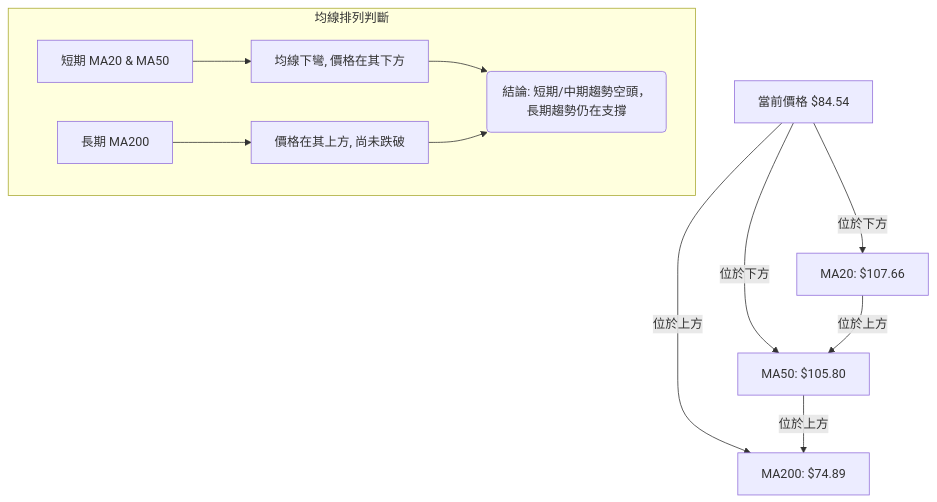
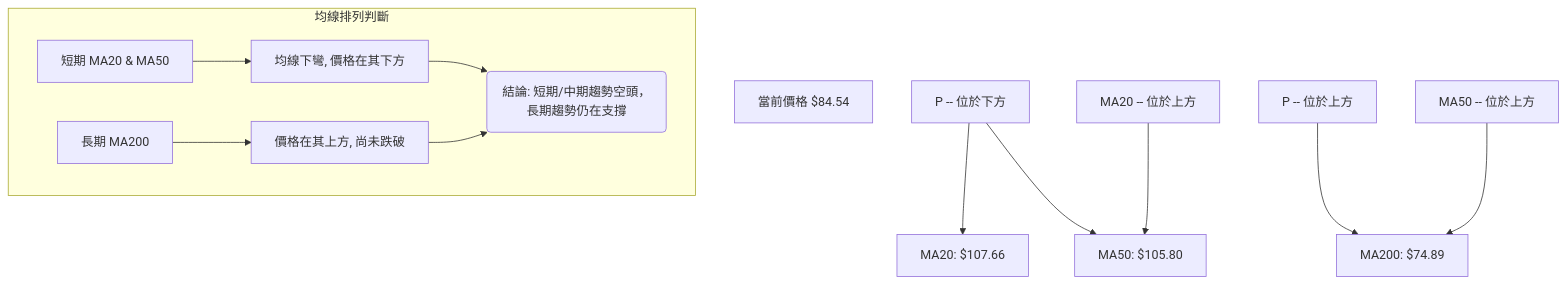
The seventh of 12 diagrams in ai_gen_report/stock/rklb/technical_analysis_2026-06-29_gemini.md (yennanliu/finance_data), drawn with Mermaid before and after one commit. The commit also changed other lines of this file and 2258 other files, not shown here.

First line of the commit message:
chore: backfill Mermaid syntax repair across existing reports

````diff
--- a/ai_gen_report/stock/rklb/technical_analysis_2026-06-29_gemini.md
+++ b/ai_gen_report/stock/rklb/technical_analysis_2026-06-29_gemini.md
@@ -396,21 +396,21 @@
 ```mermaid
 graph TD
-    P[當前價格 $84.54]
-    MA20[MA20: $107.66]
-    MA50[MA50: $105.80]
-    MA200[MA200: $74.89]
+    P["當前價格 $84.54"]
+    MA20["MA20: $107.66"]
+    MA50["MA50: $105.80"]
+    MA200["MA200: $74.89"]
 
-    P -- 位於下方 --> MA20
-    P -- 位於下方 --> MA50
-    P -- 位於上方 --> MA200
+    nb1["P -- 位於下方"] --> MA20
+    nb1["P -- 位於下方"] --> MA50
+    nb2["P -- 位於上方"] --> MA200
 
-    MA20 -- 位於上方 --> MA50
-    MA50 -- 位於上方 --> MA200
+    nb3["MA20 -- 位於上方"] --> MA50
+    nb4["MA50 -- 位於上方"] --> MA200
 
     subgraph 均線排列判斷
-        A[短期 MA20 & MA50] --> B[均線下彎, 價格在其下方]
-        C[長期 MA200] --> D[價格在其上方, 尚未跌破]
-        B --> E(結論: 短期/中期趨勢空頭，長期趨勢仍在支撐)
+        A["短期 MA20 & MA50"] --> B["均線下彎, 價格在其下方"]
+        C["長期 MA200"] --> D["價格在其上方, 尚未跌破"]
+        B --> E("結論: 短期/中期趨勢空頭，長期趨勢仍在支撐")
         D --> E
     end
 ```
````
